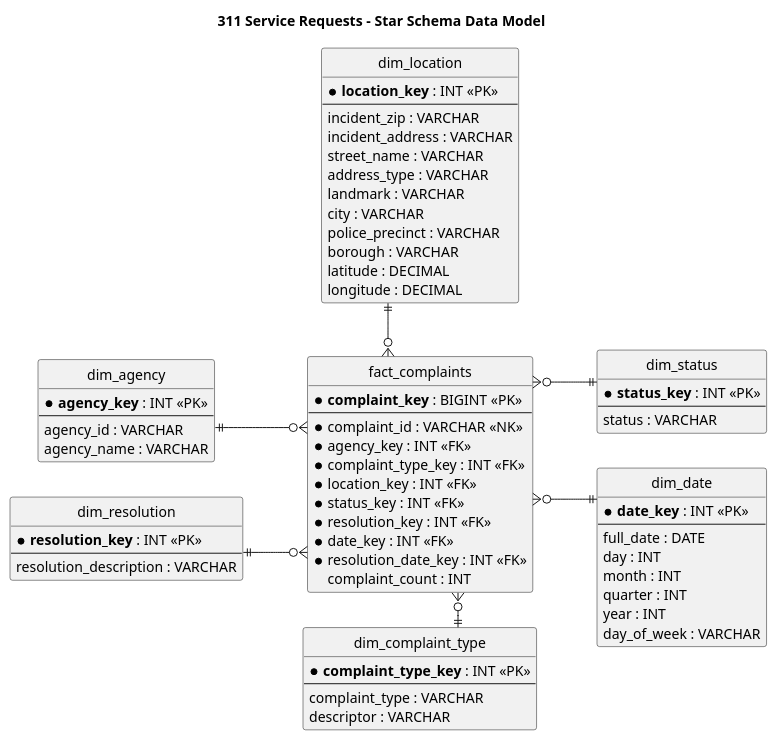
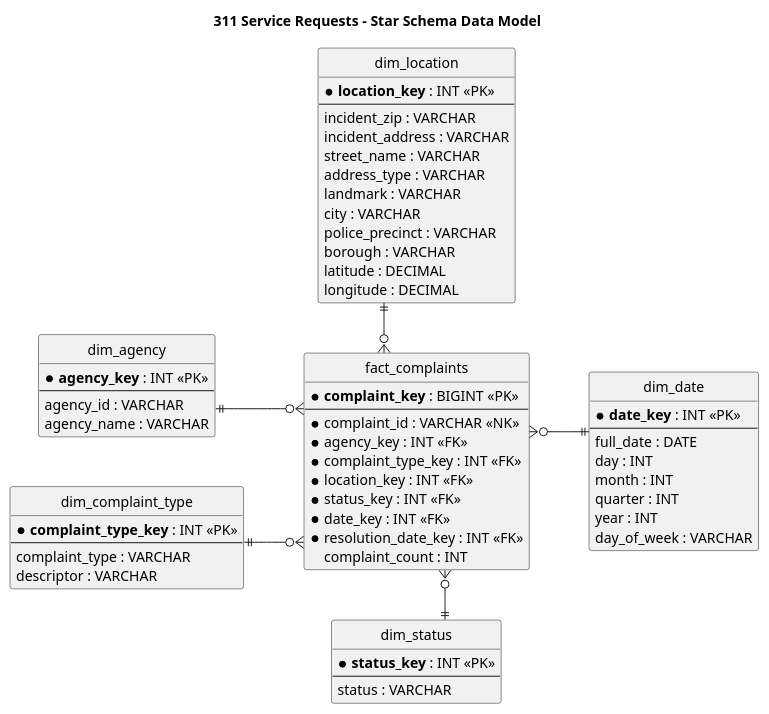
The diagram in docs/311_service_requests_data_model.puml (charnelclamosa/python_bigquery_etl), drawn with PlantUML before and after one commit. The commit also changed 1 other file, not shown here.

Commit message:
Update the plantuml diagram of star schema

```diff
--- a/docs/311_service_requests_data_model.puml
+++ b/docs/311_service_requests_data_model.puml
@@ -1,95 +1,84 @@
 @startuml
 title 311 Service Requests – Star Schema Data Model
+
 left to right direction
 skinparam linetype ortho
+skinparam nodesep 50
+skinparam ranksep 60
 hide circle
-
 
 entity "dim_agency" as dim_agency {
   * **agency_key** : INT <<PK>>
   --
   agency_id : VARCHAR
   agency_name : VARCHAR
 }
 
 entity "dim_complaint_type" as dim_complaint_type {
   * **complaint_type_key** : INT <<PK>>
   --
   complaint_type : VARCHAR
   descriptor : VARCHAR
 }
 
 entity "dim_location" as dim_location {
   * **location_key** : INT <<PK>>
   --
   incident_zip : VARCHAR
   incident_address : VARCHAR
   street_name : VARCHAR
   address_type : VARCHAR
   landmark : VARCHAR
   city : VARCHAR
   police_precinct : VARCHAR
   borough : VARCHAR
   latitude : DECIMAL
   longitude : DECIMAL
 }
 
 entity "dim_status" as dim_status {
   * **status_key** : INT <<PK>>
   --
   status : VARCHAR
 }
 
-entity "dim_resolution" as dim_resolution {
-  * **resolution_key** : INT <<PK>>
-  --
-  resolution_description : VARCHAR
-}
-
 entity "dim_date" as dim_date {
   * **date_key** : INT <<PK>>
   --
   full_date : DATE
   day : INT
   month : INT
   quarter : INT
   year : INT
   day_of_week : VARCHAR
 }
 
 entity "fact_complaints" as fact_complaints {
   * **complaint_key** : BIGINT <<PK>>
   --
   * complaint_id : VARCHAR <<NK>>
   * agency_key : INT <<FK>>
   * complaint_type_key : INT <<FK>>
   * location_key : INT <<FK>>
   * status_key : INT <<FK>>
-  * resolution_key : INT <<FK>>
   * date_key : INT <<FK>>
   * resolution_date_key : INT <<FK>>
   complaint_count : INT
 }
 
-
-
 ' Relationships
-
 dim_agency ||--o{ fact_complaints
 dim_complaint_type ||--o{ fact_complaints
 dim_location ||--o{ fact_complaints
 dim_status ||--o{ fact_complaints
-dim_resolution ||--o{ fact_complaints
 dim_date ||--o{ fact_complaints
 
-' Layout hints
+' Layout positioning
+dim_agency -[hidden]right- dim_complaint_type
 dim_agency -[hidden]down- fact_complaints
+dim_complaint_type -[hidden]down- fact_complaints
+dim_status -[hidden]left- fact_complaints
 dim_date -[hidden]up- fact_complaints
-dim_complaint_type -[hidden]left- fact_complaints
-dim_location -[hidden]right- fact_complaints
-fact_complaints -[hidden]down- fact_complaints
-dim_status -[hidden]up- fact_complaints
-dim_resolution -[hidden]down- fact_complaints
-
+fact_complaints -[hidden]left- dim_location
 
 @enduml
```
